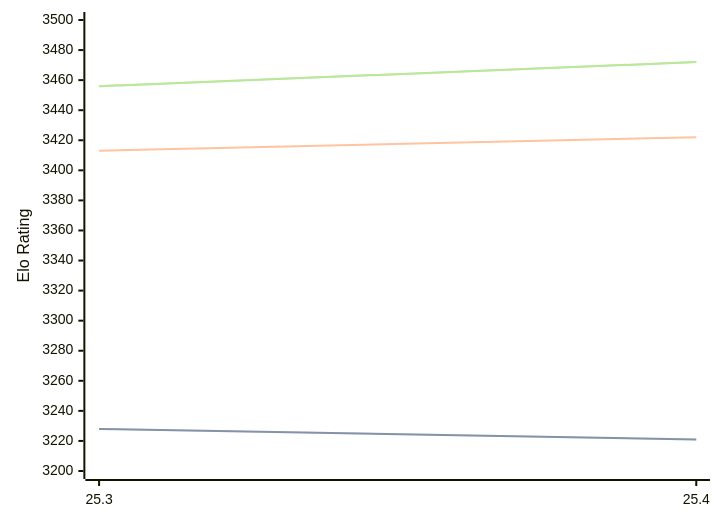
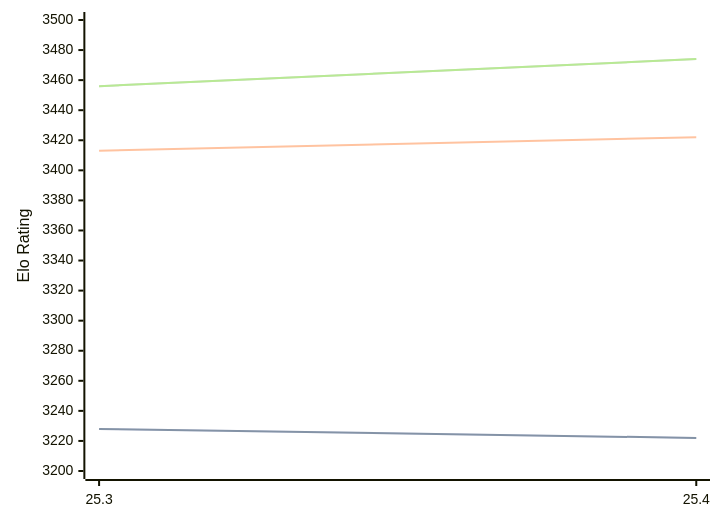
Before and after one commit to computer-chess-index/cci: the first of 3 diagrams in engines/Arasan.md, drawn with Mermaid. The commit also changed other lines of this file, not shown here.

Commit message:
Update CCI Ratings (ELO VLTC) - 2026-06-16

````diff
--- a/engines/Arasan.md
+++ b/engines/Arasan.md
@@ -33,11 +33,11 @@
 ```mermaid
 %%{init: {"theme":"base","themeVariables":{"seriesColors:['#a3a3a3','#222221','#faa371']}}}%%
 xychart-beta
   x-axis ["25.3", "25.4"]
   y-axis "Elo Rating" 3200 --> 3500
-  line "STC (8.0+0.08s)" [3228, 3221]
-  line "STC (8.0+0.08s)" [3228, 3221]
+  line "STC (8.0+0.08s)" [3228, 3222]
+  line "STC (8.0+0.08s)" [3228, 3222]
   line "LTC (60.0+0.60s)" [3413, 3422]
-  line "VLTC (2m24s+1.12s)" [3456, 3472]
-  line "VLTC (2m24s+1.12s)" [3456, 3472]
+  line "VLTC (2m24s+1.12s)" [3456, 3474]
+  line "VLTC (2m24s+1.12s)" [3456, 3474]
 ```
````
